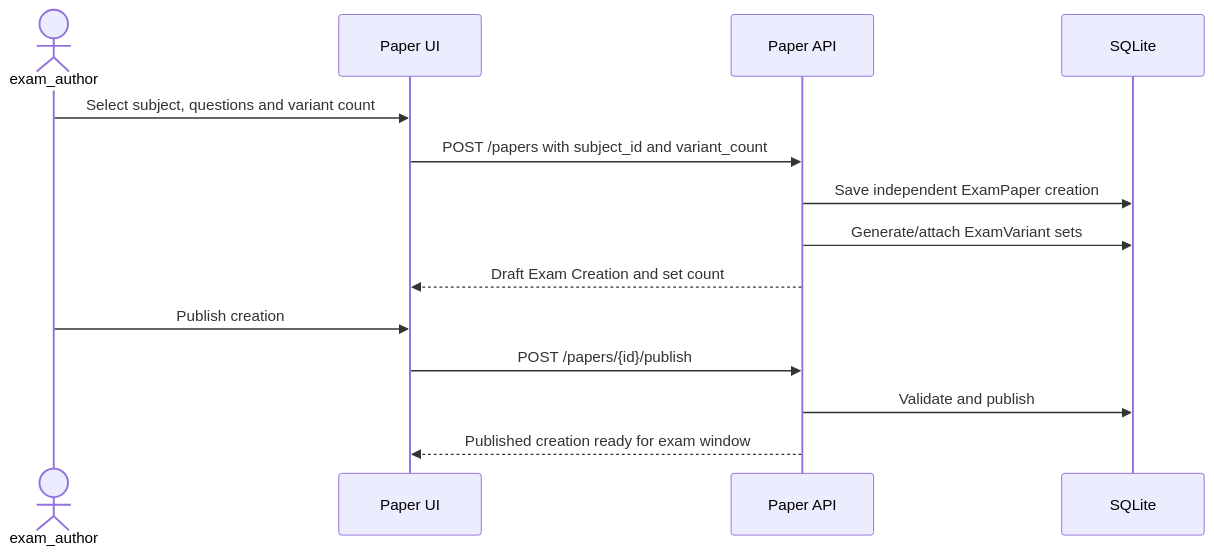
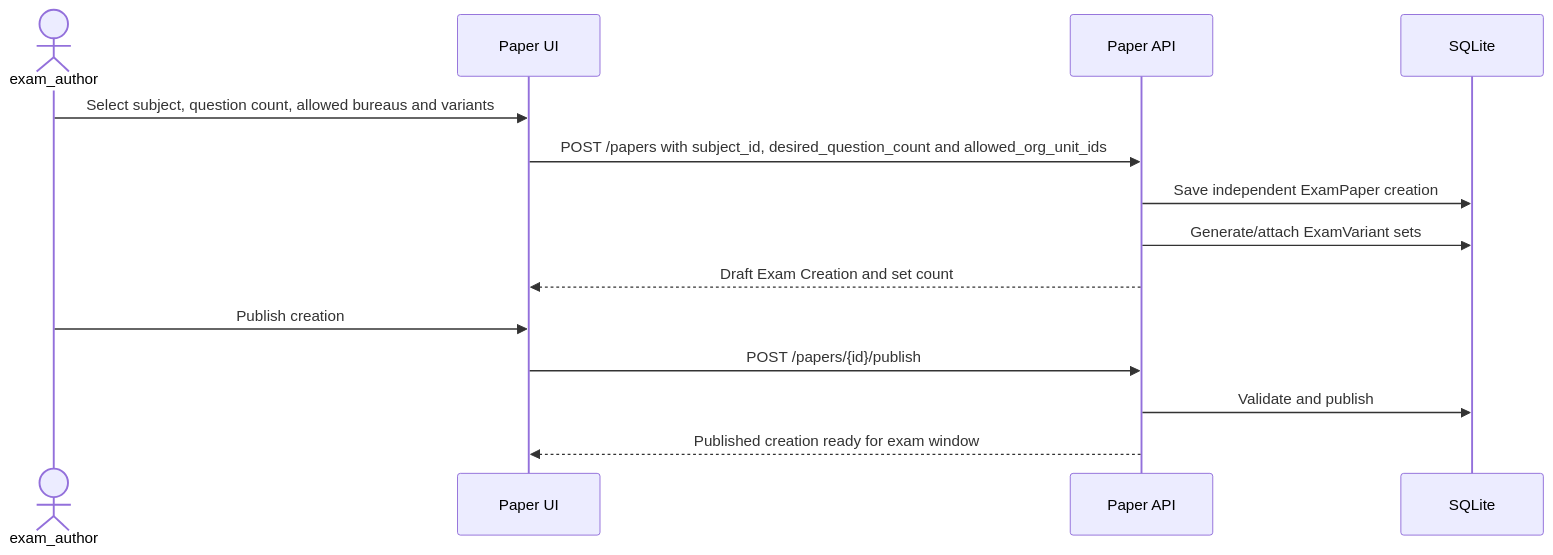
The eighth of 13 diagrams in doc/workflows/use-case-sequence-diagrams.md (idev006/MTExam), drawn with Mermaid before and after one commit. The commit also changed 8 other files, not shown here.

Commit message:
feat: configure exam question count and bureau scope

````diff
--- a/doc/workflows/use-case-sequence-diagrams.md
+++ b/doc/workflows/use-case-sequence-diagrams.md
@@ -134,16 +134,16 @@
 ```mermaid
 sequenceDiagram
     actor E as exam_author
     participant UI as Paper UI
     participant API as Paper API
     participant DB as SQLite
-    E->>UI: Select subject, questions and variant count
-    UI->>API: POST /papers with subject_id and variant_count
+    E->>UI: Select subject, question count, allowed bureaus and variants
+    UI->>API: POST /papers with subject_id, desired_question_count and allowed_org_unit_ids
     API->>DB: Save independent ExamPaper creation
     API->>DB: Generate/attach ExamVariant sets
     API-->>UI: Draft Exam Creation and set count
     E->>UI: Publish creation
     UI->>API: POST /papers/{id}/publish
     API->>DB: Validate and publish
     API-->>UI: Published creation ready for exam window
 ```
````
